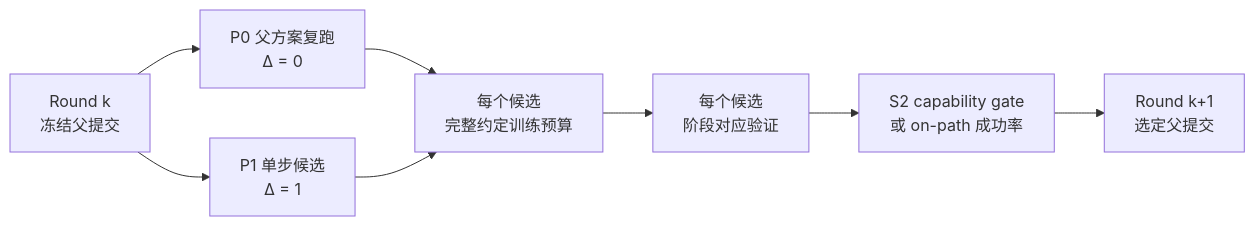
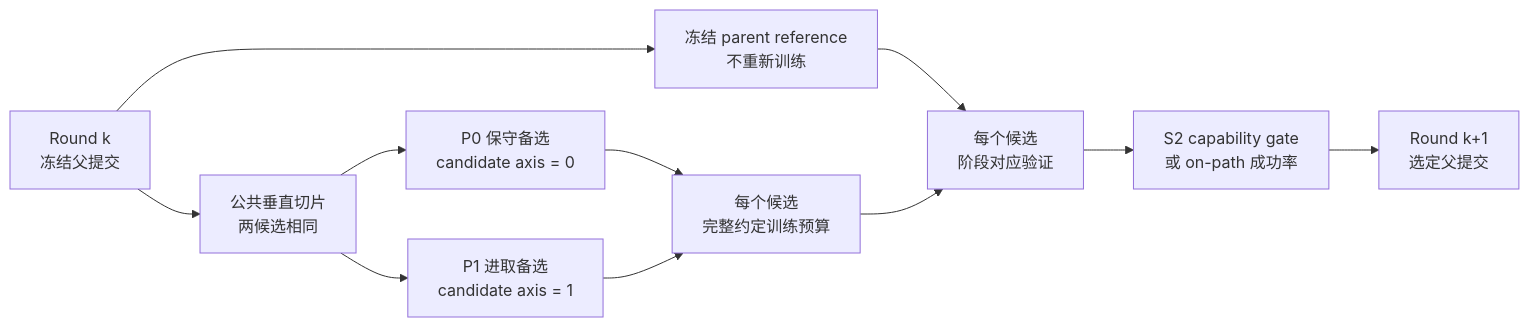
The second of 2 diagrams in docs/plans/20260725_P1_MULTI_ROBOT_MODEL_ARCHITECTURE_ACTION_GENERATION_ROADMAP_V2.0_ZH.md (Jeong-zju/before-we-act), drawn with Mermaid before and after one commit. The commit also changed other lines of this file, not shown here.

Commit message:
docs(s4): define R7 and R8 paired improvement roadmap

````diff
--- a/docs/plans/20260725_P1_MULTI_ROBOT_MODEL_ARCHITECTURE_ACTION_GENERATION_ROADMAP_V2.0_ZH.md
+++ b/docs/plans/20260725_P1_MULTI_ROBOT_MODEL_ARCHITECTURE_ACTION_GENERATION_ROADMAP_V2.0_ZH.md
@@ -189,14 +251,17 @@
 ```mermaid
 flowchart LR
     P["Round k<br/>冻结父提交"]
-    P0["P0 父方案复跑<br/>Δ = 0"]
-    P1["P1 单步候选<br/>Δ = 1"]
+    C["公共垂直切片<br/>两候选相同"]
+    P0["P0 保守备选<br/>candidate axis = 0"]
+    P1["P1 进取备选<br/>candidate axis = 1"]
+    R["冻结 parent reference<br/>不重新训练"]
     T["每个候选<br/>完整约定训练预算"]
     E["每个候选<br/>阶段对应验证"]
     S["S2 capability gate<br/>或 on-path 成功率"]
     N["Round k+1<br/>选定父提交"]
 
-    P --> P0 --> T
-    P --> P1 --> T
+    P --> C --> P0 --> T
+    C --> P1 --> T
+    P --> R --> E
     T --> E --> S --> N
 ```
````
